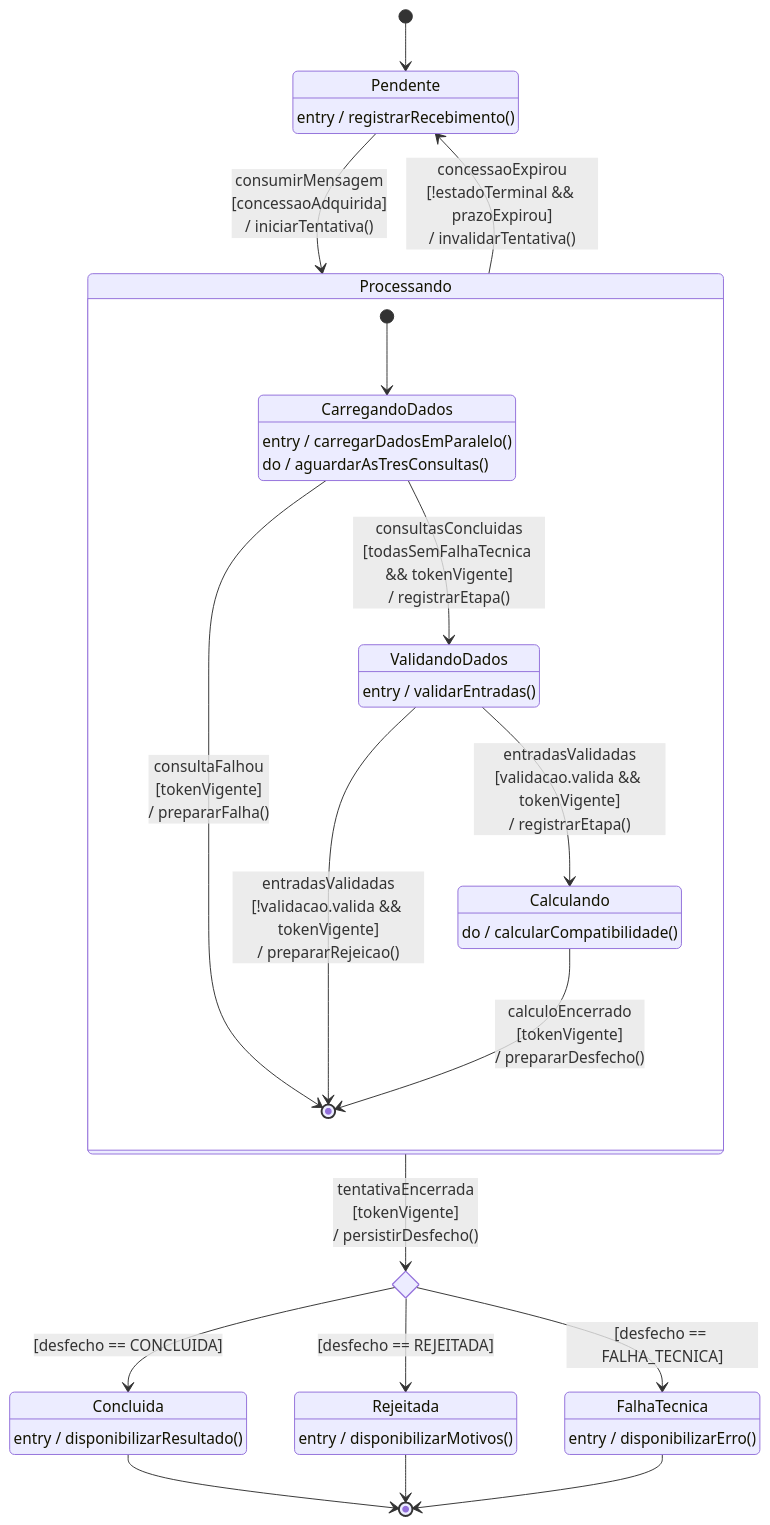
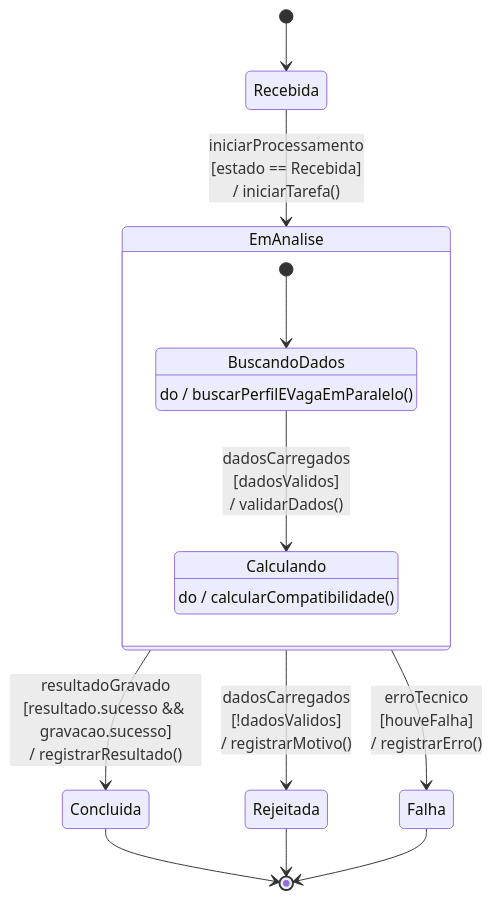
Before and after one commit to Lucas-Lunim/APS3-Modelagem_de_dados: the diagram in docs/diagrams/estados.mmd, drawn with Mermaid. The commit also changed 23 other files, not shown here.

```diff
--- a/docs/diagrams/estados.mmd
+++ b/docs/diagrams/estados.mmd
@@ -1,41 +1,21 @@
----
-config:
-  theme: default
----
 stateDiagram-v2
-    direction TB
-    state "Pendente" as Pendente
-    state "Processando" as Processando {
-        state "CarregandoDados" as CarregandoDados
-        state "ValidandoDados" as ValidandoDados
+    state "Recebida" as Recebida
+    state "EmAnalise" as EmAnalise {
+        state "BuscandoDados" as BuscandoDados
         state "Calculando" as Calculando
-        [*] --> CarregandoDados
-        CarregandoDados : entry / carregarDadosEmParalelo()
-        CarregandoDados : do / aguardarAsTresConsultas()
-        ValidandoDados : entry / validarEntradas()
+        [*] --> BuscandoDados
+        BuscandoDados : do / buscarPerfilEVagaEmParalelo()
+        BuscandoDados --> Calculando : dadosCarregados<br/>[dadosValidos]<br/>/ validarDados()
         Calculando : do / calcularCompatibilidade()
-        CarregandoDados --> ValidandoDados : consultasConcluidas<br/>[todasSemFalhaTecnica && tokenVigente]<br/>/ registrarEtapa()
-        CarregandoDados --> [*] : consultaFalhou<br/>[tokenVigente]<br/>/ prepararFalha()
-        ValidandoDados --> Calculando : entradasValidadas<br/>[validacao.valida && tokenVigente]<br/>/ registrarEtapa()
-        ValidandoDados --> [*] : entradasValidadas<br/>[!validacao.valida && tokenVigente]<br/>/ prepararRejeicao()
-        Calculando --> [*] : calculoEncerrado<br/>[tokenVigente]<br/>/ prepararDesfecho()
     }
-    state Desfecho <<choice>>
     state "Concluida" as Concluida
     state "Rejeitada" as Rejeitada
-    state "FalhaTecnica" as FalhaTecnica
-
-    [*] --> Pendente
-    Pendente : entry / registrarRecebimento()
-    Pendente --> Processando : consumirMensagem<br/>[concessaoAdquirida]<br/>/ iniciarTentativa()
-    Processando --> Pendente : concessaoExpirou<br/>[!estadoTerminal && prazoExpirou]<br/>/ invalidarTentativa()
-    Processando --> Desfecho : tentativaEncerrada<br/>[tokenVigente]<br/>/ persistirDesfecho()
-    Desfecho --> Concluida : [desfecho == CONCLUIDA]
-    Desfecho --> Rejeitada : [desfecho == REJEITADA]
-    Desfecho --> FalhaTecnica : [desfecho == FALHA_TECNICA]
-    Concluida : entry / disponibilizarResultado()
-    Rejeitada : entry / disponibilizarMotivos()
-    FalhaTecnica : entry / disponibilizarErro()
+    state "Falha" as Falha
+    [*] --> Recebida
+    Recebida --> EmAnalise : iniciarProcessamento<br/>[estado == Recebida]<br/>/ iniciarTarefa()
+    EmAnalise --> Concluida : resultadoGravado<br/>[resultado.sucesso && gravacao.sucesso]<br/>/ registrarResultado()
+    EmAnalise --> Rejeitada : dadosCarregados<br/>[!dadosValidos]<br/>/ registrarMotivo()
+    EmAnalise --> Falha : erroTecnico<br/>[houveFalha]<br/>/ registrarErro()
     Concluida --> [*]
     Rejeitada --> [*]
-    FalhaTecnica --> [*]
+    Falha --> [*]
```
